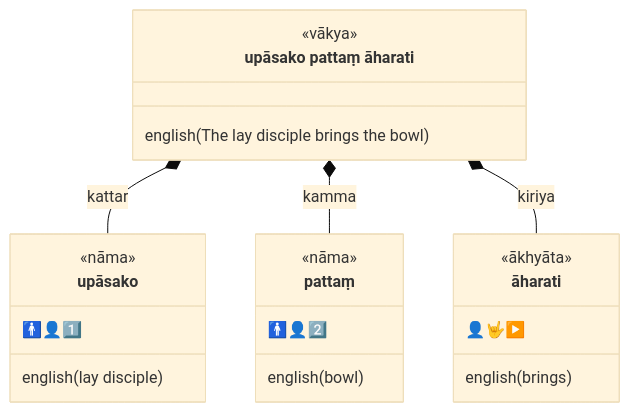
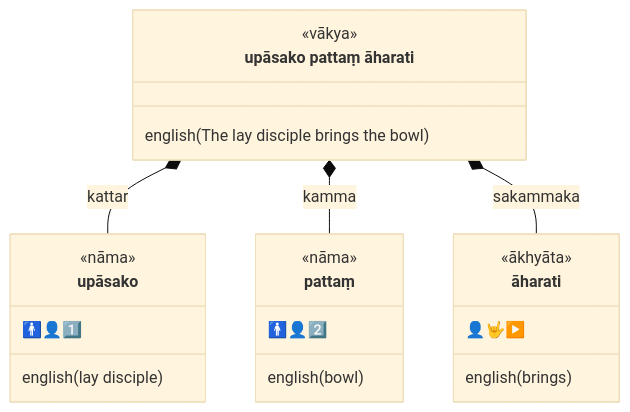
Before and after one commit to ChristineTham/buddhavacana: the third of 43 diagrams in content/en/docs/Pali/sentences.md, drawn with Mermaid (base theme). The commit also changed other lines of this file and 4 other files, not shown here.

````diff
--- a/content/en/docs/Pali/sentences.md
+++ b/content/en/docs/Pali/sentences.md
@@ -106,25 +111,25 @@
 ```mermaid
 classDiagram
   class sentence["upāsako pattaṃ āharati"] {
     <<vākya>>
     english(The lay disciple brings the bowl)
   }
   class upāsako {
     <<nāma>>
     🚹👤1️⃣
     english(lay disciple)
   }
   class pattaṃ {
     <<nāma>>
     🚹👤2️⃣
     english(bowl)
   }
   class āharati {
     <<ākhyāta>>
      👤🤟▶️
     english(brings)
   }
   sentence *-- upāsako : kattar
   sentence *-- pattaṃ : kamma
-  sentence *-- āharati: kiriya
+  sentence *-- āharati: sakammaka
 ```
````
